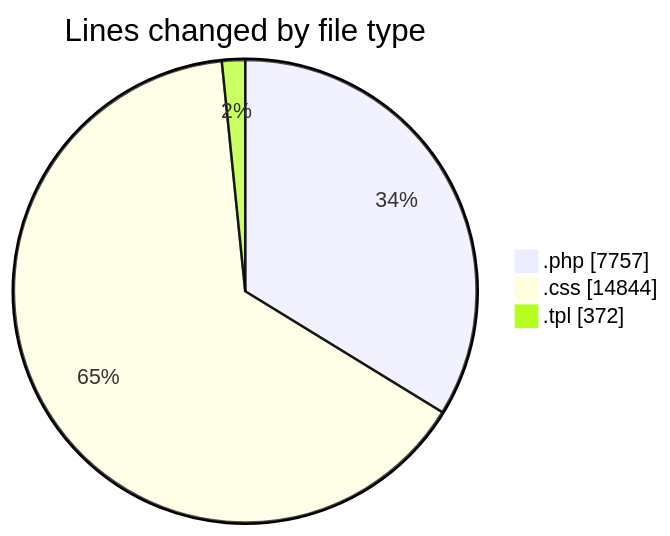
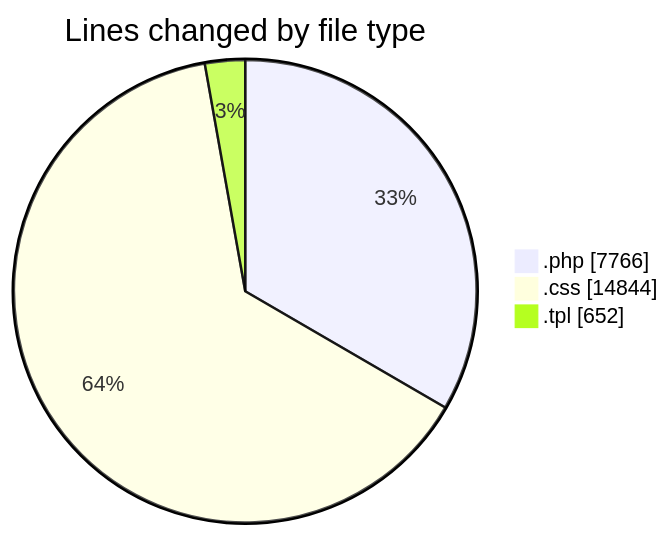
Before and after one commit to vahidmafi/code-tracking: the first of 2 diagrams in 2025-04-17/zeytoon/README.md, drawn with Mermaid. The commit also changed other lines of this file and 1 other file, not shown here.

````diff
--- a/2025-04-17/zeytoon/README.md
+++ b/2025-04-17/zeytoon/README.md
@@ -29,7 +30,7 @@
 ```mermaid
 pie showData
 title Lines changed by file type
-".php" : 7757
+".php" : 7766
 ".css" : 14844
-".tpl" : 372
+".tpl" : 652
 ```
````
